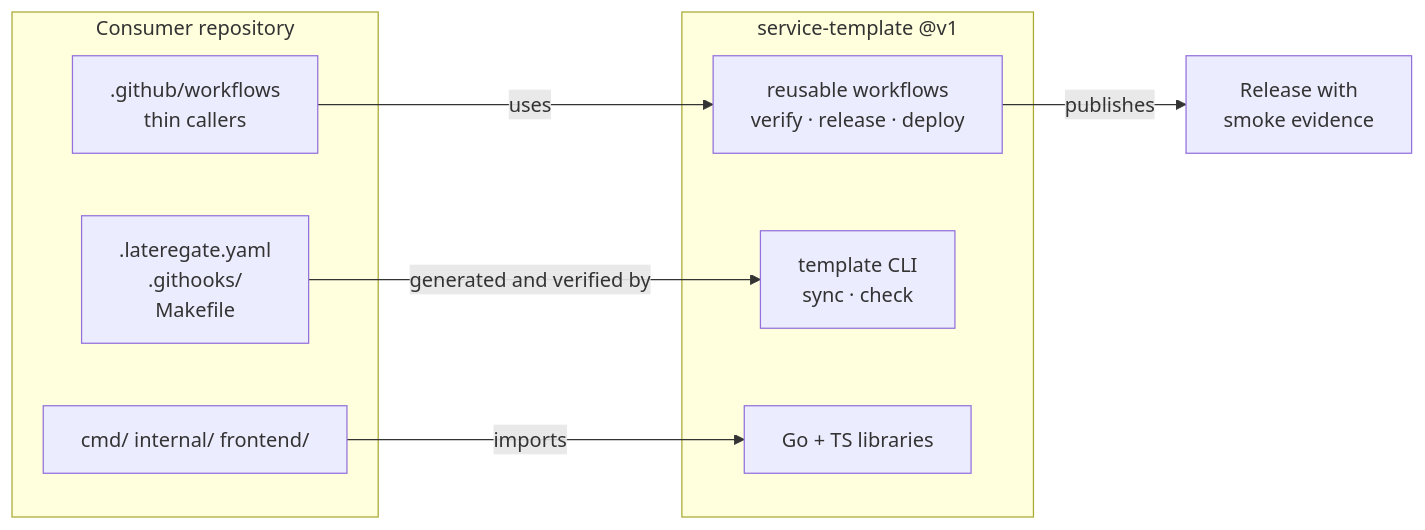
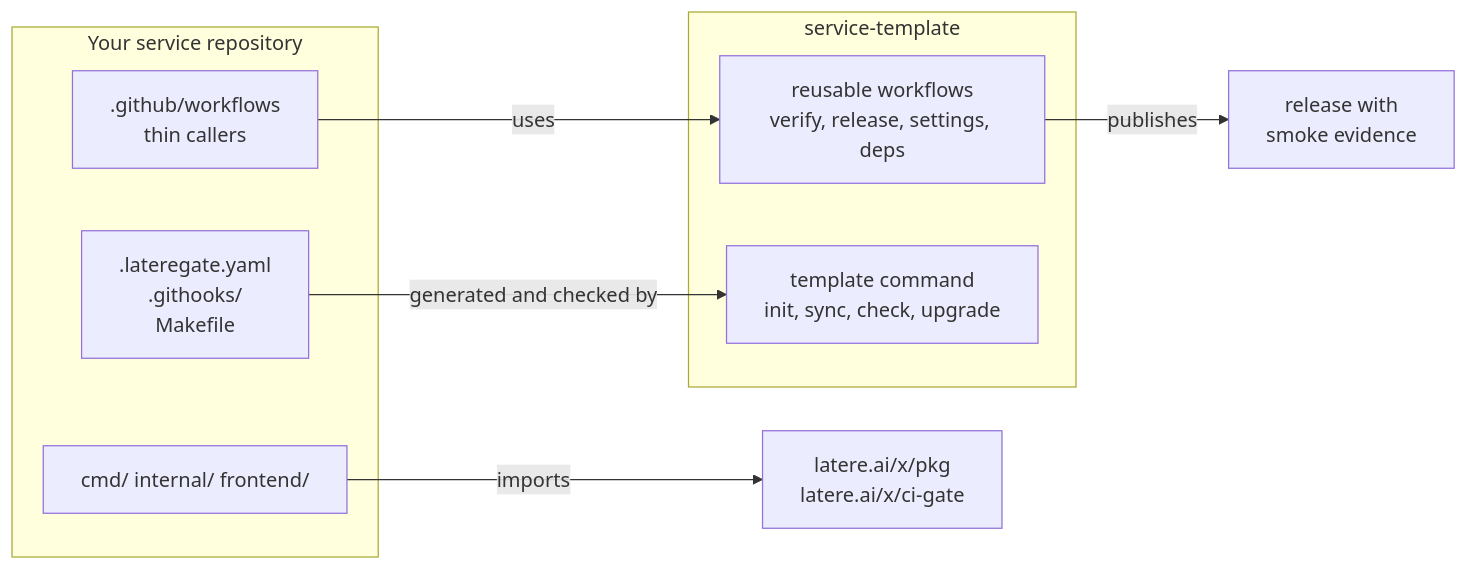
The diagram in README.md (latere-ai/service-template), drawn with Mermaid before and after one commit. The commit also changed other lines of this file and 2 other files, not shown here.

Commit message:
docs: readme and adoption guide for developers starting a service

````diff
--- a/README.md
+++ b/README.md
@@ -69,17 +97,17 @@
 ```mermaid
 flowchart LR
-  subgraph Repo["Consumer repository"]
+  subgraph Repo["Your service repository"]
     SK["cmd/ internal/ frontend/"]
     CFG[".lateregate.yaml<br/>.githooks/<br/>Makefile"]
     CALL[".github/workflows<br/>thin callers"]
   end
-  subgraph T["service-template @v1"]
-    WF["reusable workflows<br/>verify · release · deploy"]
-    GEN["template CLI<br/>sync · check"]
-    LIB["Go + TS libraries"]
+  subgraph T["service-template"]
+    WF["reusable workflows<br/>verify, release, settings, deps"]
+    GEN["template command<br/>init, sync, check, upgrade"]
   end
+  LIB["latere.ai/x/pkg<br/>latere.ai/x/ci-gate"]
   CALL -->|uses| WF
-  CFG -->|generated and verified by| GEN
+  CFG -->|generated and checked by| GEN
   SK -->|imports| LIB
-  WF -->|publishes| REL["Release with<br/>smoke evidence"]
+  WF -->|publishes| REL["release with<br/>smoke evidence"]
 ```
````
